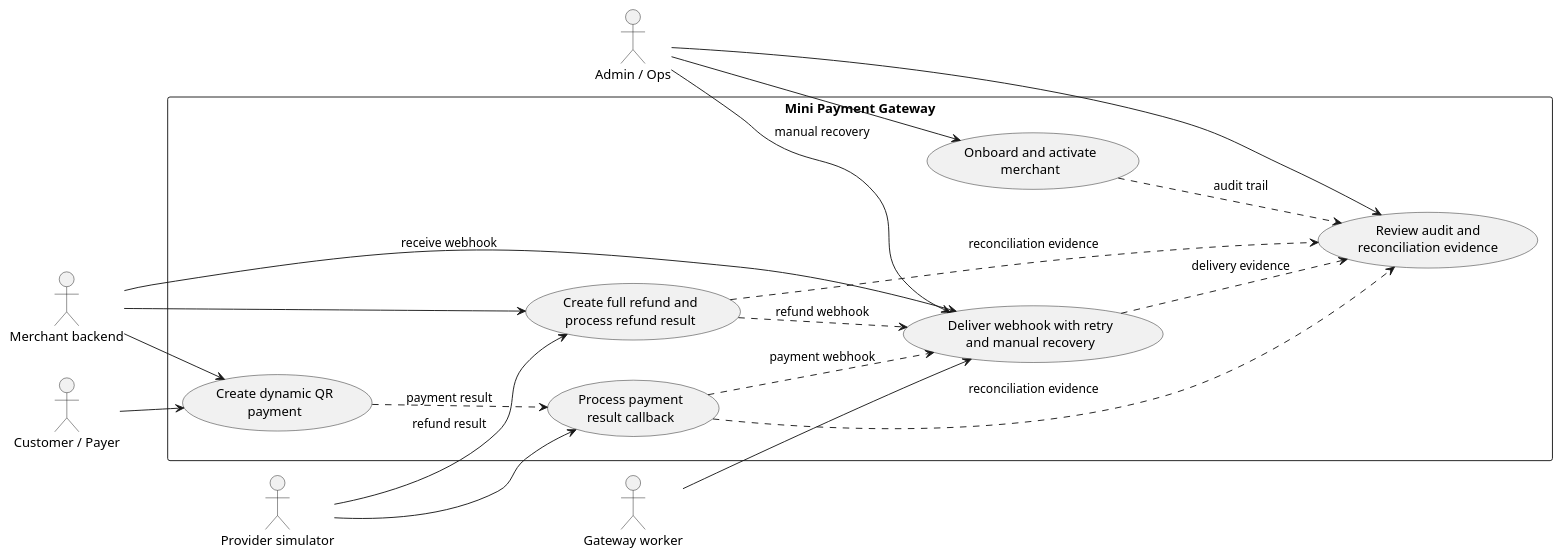
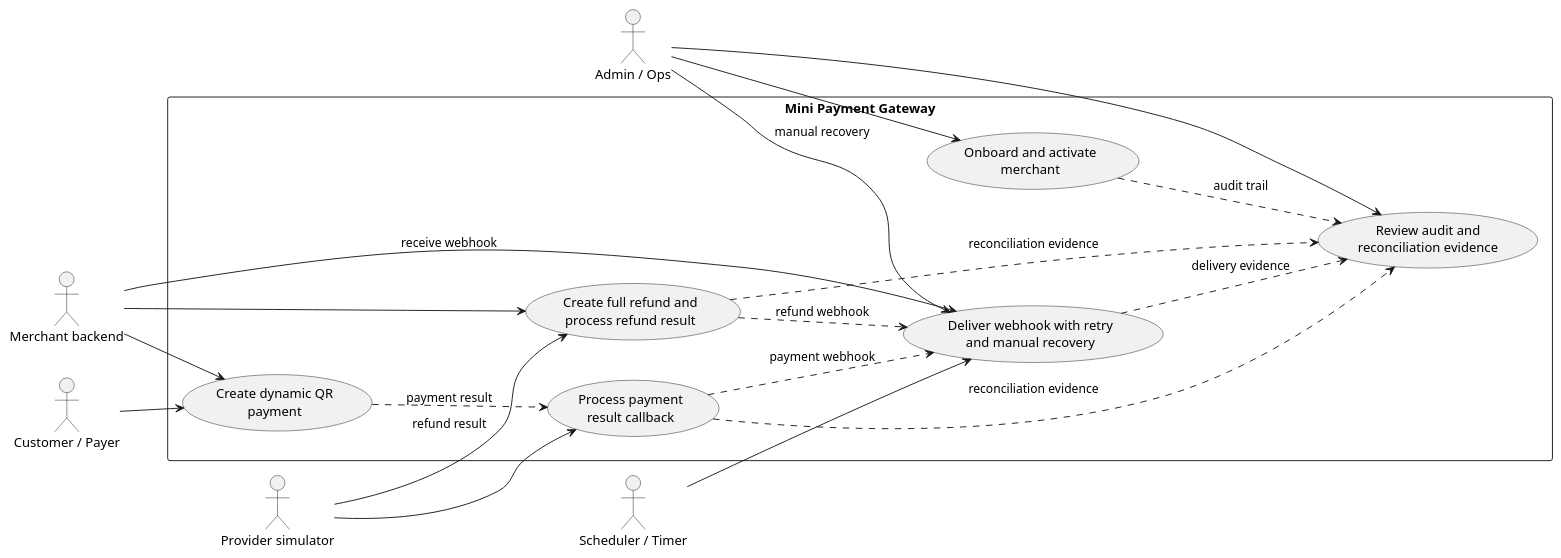
One commit to biabeogo147/mini-payment-gateway changed the first of 6 diagrams in docs/product/use-cases.md. Above: the diagram before and after it, drawn with PlantUML. The commit also changed other lines of this file and 1 other file, not shown here.

Commit message:
update uc diagram

````diff
--- a/docs/product/use-cases.md
+++ b/docs/product/use-cases.md
@@ -28,44 +28,44 @@
 ```plantuml
 @startuml general_use_case
 left to right direction
 skinparam packageStyle rectangle
 
 actor "Admin / Ops" as Admin
 actor "Merchant backend" as Merchant
 actor "Customer / Payer" as Customer
 actor "Provider simulator" as Provider
-actor "Gateway worker" as Worker
+actor "Scheduler / Timer" as Scheduler
 
 rectangle "Mini Payment Gateway" {
   usecase "Onboard and activate\nmerchant" as UC001
   usecase "Create dynamic QR\npayment" as UC002
   usecase "Process payment\nresult callback" as UC003
   usecase "Create full refund and\nprocess refund result" as UC004
   usecase "Deliver webhook with retry\nand manual recovery" as UC005
   usecase "Review audit and\nreconciliation evidence" as UC_Audit
 }
 
 Admin --> UC001
 Admin --> UC005 : manual recovery
 Admin --> UC_Audit
 
 Merchant --> UC002
 Merchant --> UC004
 Merchant --> UC005 : receive webhook
 
 Customer --> UC002
 
 Provider --> UC003
 Provider --> UC004 : refund result
 
-Worker --> UC005
+Scheduler --> UC005
 
 UC002 ..> UC003 : payment result
 UC003 ..> UC005 : payment webhook
 UC004 ..> UC005 : refund webhook
 UC001 ..> UC_Audit : audit trail
 UC003 ..> UC_Audit : reconciliation evidence
 UC004 ..> UC_Audit : reconciliation evidence
 UC005 ..> UC_Audit : delivery evidence
 @enduml
 ```
````
